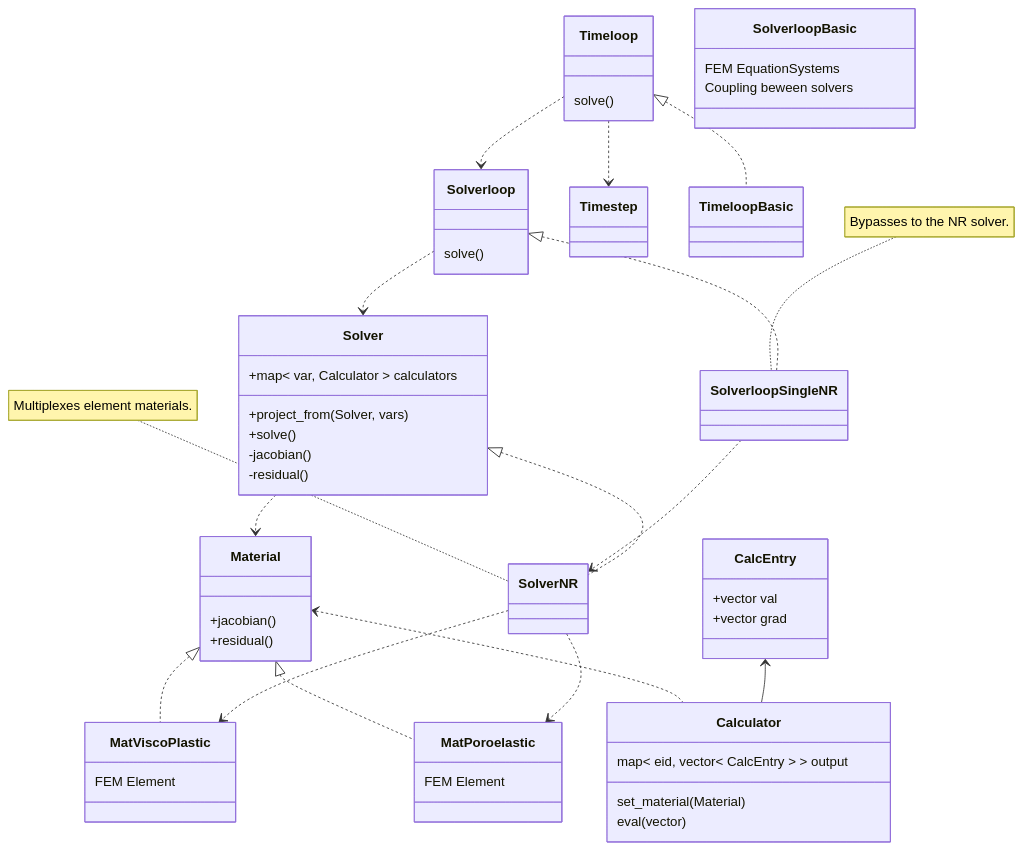
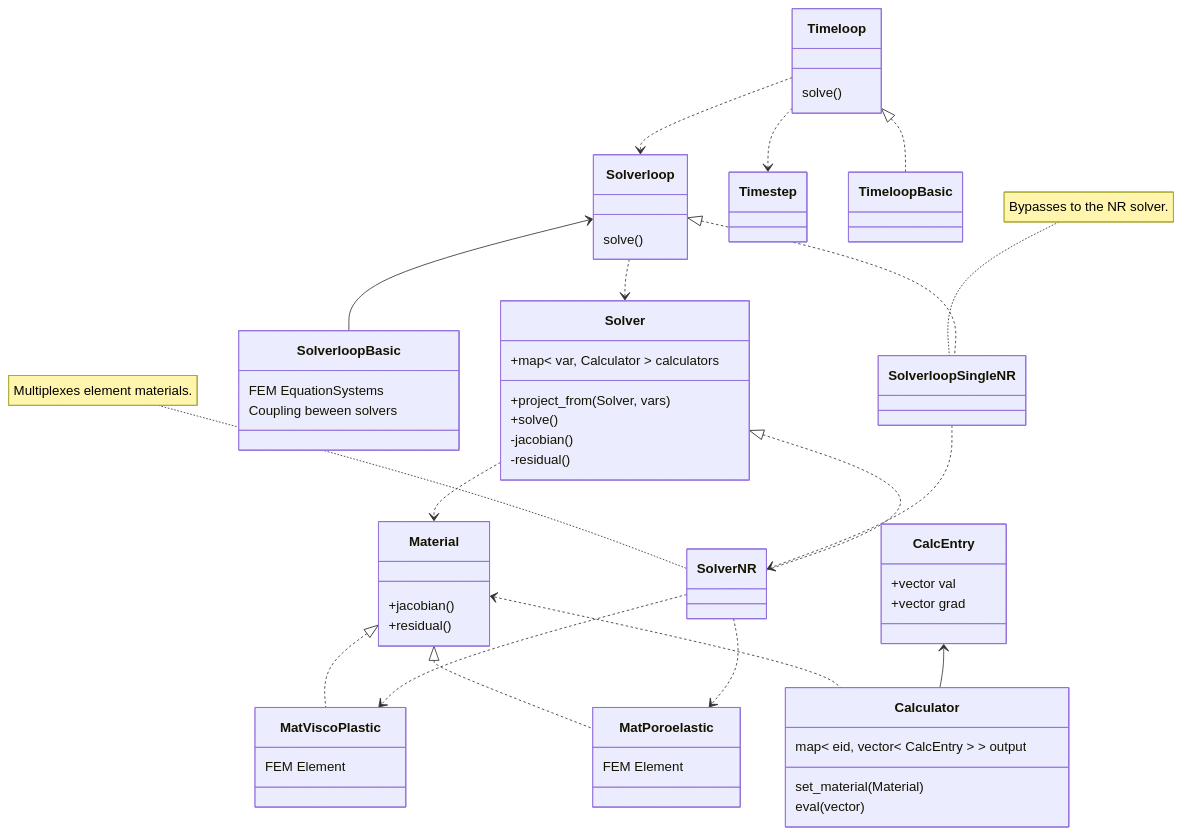
Before and after one commit to rebpoli/harpy: the diagram in include/README.md, drawn with Mermaid.

````diff
--- a/include/README.md
+++ b/include/README.md
@@ -15,82 +15,83 @@
 ```mermaid
 classDiagram
 %% Interfaces
     class Timeloop { 
         solve()
     }
 
     class Solverloop {
         solve()
     }
 
     class Solver {
         +map< var, Calculator > calculators
         +project_from(Solver, vars)
         +solve()
         -jacobian()
         -residual()
     }
 
 
     class Material {
         +jacobian()
         +residual()
     }
 
     class CalcEntry {
         +vector<dbl> val
         +vector<Point> grad
     }
     class Calculator {
         map< eid, vector< CalcEntry > > output
         set_material( Material )
         eval( vector<Point> )
     }
     Material <.. Calculator
     CalcEntry <-- Calculator
+    Solverloop <-- SolverloopBasic
 
 %% Helper
     class Timestep { }
 
 %% Implementations
     class SolverloopBasic {
         FEM EquationSystems
         Coupling beween solvers
     }
 
     class MatViscoPlastic { FEM Element }
 
     class MatPoroelastic { FEM Element }
 
 %% Dependencies
     Timeloop ..> Timestep
     Timeloop ..> Solverloop
 
     note for SolverloopSingleNR "Bypasses to the NR solver."
     SolverloopSingleNR ..> SolverNR
 
 %% Interfaces << implementations
     Timeloop <|.. TimeloopBasic
     Material <|.. MatPoroelastic
     Material <|.. MatViscoPlastic
     Solverloop <|.. SolverloopSingleNR
     Solver <|.. SolverNR
     note for SolverNR "Multiplexes element materials."
 
     Solverloop ..> Solver
     Solver..> Material
 
     SolverNR ..> MatViscoPlastic
     SolverNR ..> MatPoroelastic
 
 %%
 %% classA <|-- classB    // Inheritance (B inherits from A)
 %% classA <|.. classB    // Implementation (B implements A)
 %% classA *-- classB     // Composition (B is part of A)
 %% classA o-- classB     // Aggregation (B is used by A)
 %% classA --> classB     // Association (A references B)
 %% classA ..> classB     // Dependency (A depends on B)
 %% classA ..|> classB    // Realization (B realizes A)
 %% classA <--> classB    // Bidirectional association
 
 ```
````
